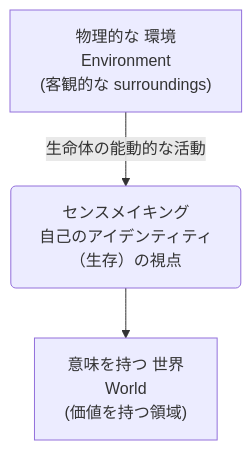
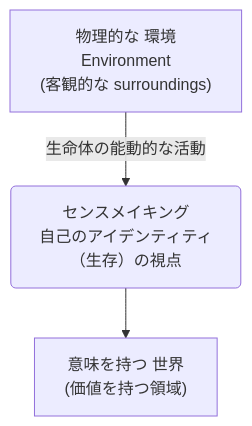
Before and after one commit to suwa-sh/zenn-contents: the third of 5 diagrams in articles/sense_making_coaching_20251114.md, drawn with Mermaid. The commit also changed other lines of this file and 3 other files, not shown here.

````diff
--- a/articles/sense_making_coaching_20251114.md
+++ b/articles/sense_making_coaching_20251114.md
@@ -124,5 +124,5 @@
 ```mermaid
 graph TD
     A["物理的な 環境<br>Environment<br>(客観的な surroundings)"] -- 生命体の能動的な活動 --> B("センスメイキング<br>自己のアイデンティティ（生存）の視点")
-    B --> C["意味を持つ 世界<br>World<br>(価値を持つ領域)"]
+    B --> C["意味を持つ 世界<br>(価値を持つ領域)"]
 ```
````
